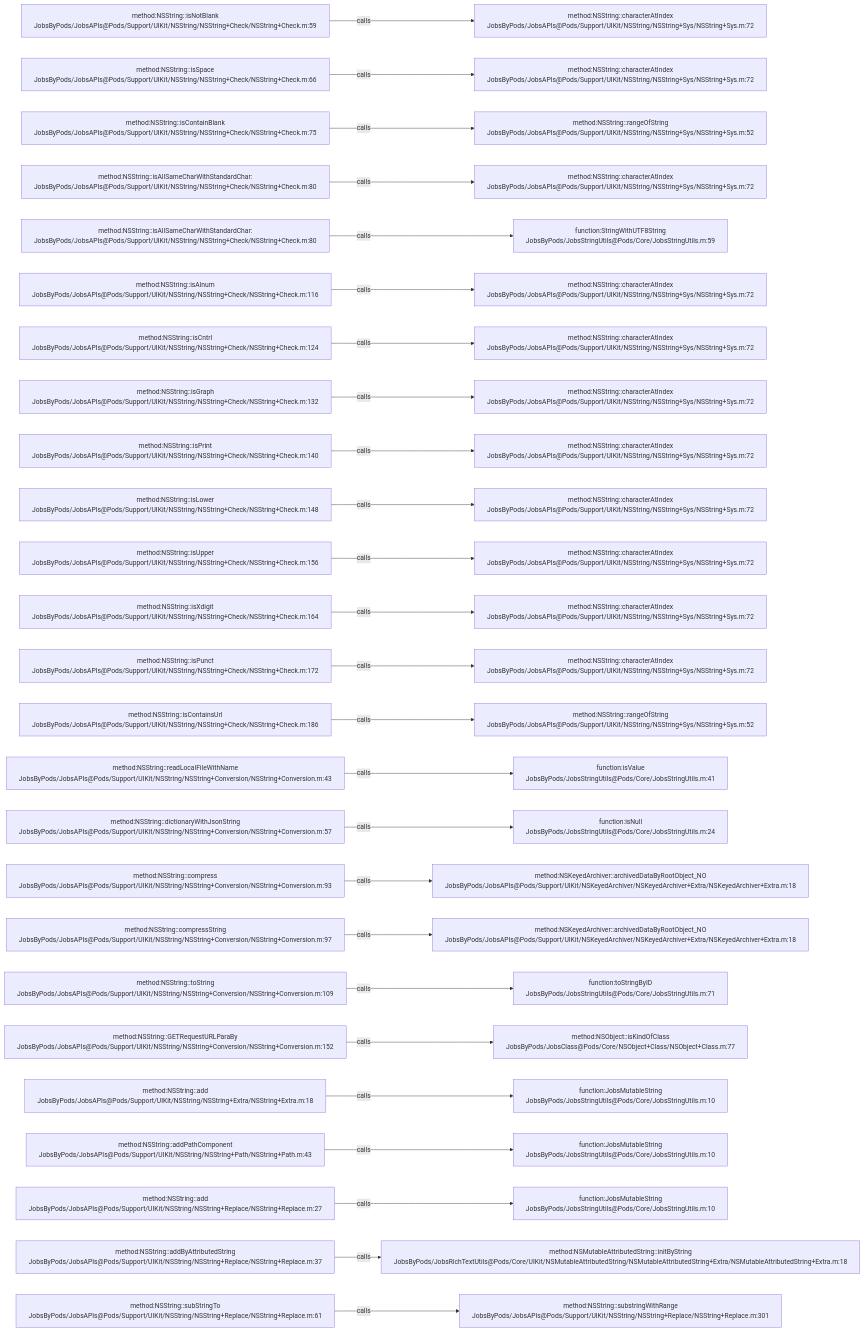
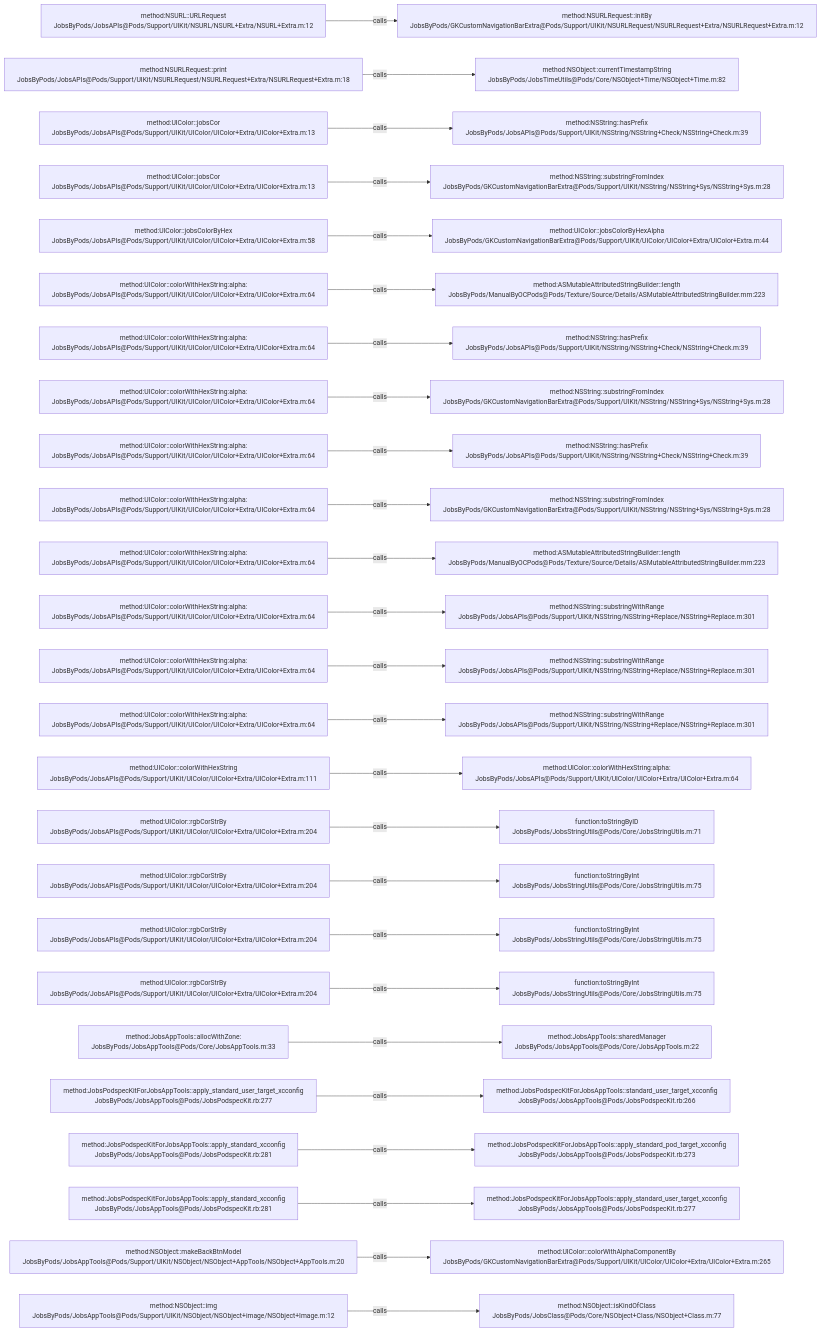
The diagram in .codegraph/codegraph.md/graphs/calls-016.md (JobsKits/JobsOCBaseConfigDemo), drawn with Mermaid before and after one commit. The commit also changed 1026 other files, not shown here.

````diff
--- a/.codegraph/codegraph.md/graphs/calls-016.md
+++ b/.codegraph/codegraph.md/graphs/calls-016.md
@@ -13,78 +13,78 @@
 ```mermaid
 flowchart LR
-  S1["method:NSString::isNotBlank<br/>JobsByPods/JobsAPIs@Pods/Support/UIKit/NSString/NSString+Check/NSString+Check.m:59"]
-  T1["method:NSString::characterAtIndex<br/>JobsByPods/JobsAPIs@Pods/Support/UIKit/NSString/NSString+Sys/NSString+Sys.m:72"]
+  S1["method:NSURL::URLRequest<br/>JobsByPods/JobsAPIs@Pods/Support/UIKit/NSURL/NSURL+Extra/NSURL+Extra.m:12"]
+  T1["method:NSURLRequest::initBy<br/>JobsByPods/GKCustomNavigationBarExtra@Pods/Support/UIKit/NSURLRequest/NSURLRequest+Extra/NSURLRequest+Extra.m:12"]
   S1 -->|calls| T1
-  S2["method:NSString::isSpace<br/>JobsByPods/JobsAPIs@Pods/Support/UIKit/NSString/NSString+Check/NSString+Check.m:66"]
-  T2["method:NSString::characterAtIndex<br/>JobsByPods/JobsAPIs@Pods/Support/UIKit/NSString/NSString+Sys/NSString+Sys.m:72"]
+  S2["method:NSURLRequest::print<br/>JobsByPods/JobsAPIs@Pods/Support/UIKit/NSURLRequest/NSURLRequest+Extra/NSURLRequest+Extra.m:18"]
+  T2["method:NSObject::currentTimestampString<br/>JobsByPods/JobsTimeUtils@Pods/Core/NSObject+Time/NSObject+Time.m:82"]
   S2 -->|calls| T2
-  S3["method:NSString::isContainBlank<br/>JobsByPods/JobsAPIs@Pods/Support/UIKit/NSString/NSString+Check/NSString+Check.m:75"]
-  T3["method:NSString::rangeOfString<br/>JobsByPods/JobsAPIs@Pods/Support/UIKit/NSString/NSString+Sys/NSString+Sys.m:52"]
+  S3["method:UIColor::jobsCor<br/>JobsByPods/JobsAPIs@Pods/Support/UIKit/UIColor/UIColor+Extra/UIColor+Extra.m:13"]
+  T3["method:NSString::hasPrefix<br/>JobsByPods/JobsAPIs@Pods/Support/UIKit/NSString/NSString+Check/NSString+Check.m:39"]
   S3 -->|calls| T3
-  S4["method:NSString::isAllSameCharWithStandardChar:<br/>JobsByPods/JobsAPIs@Pods/Support/UIKit/NSString/NSString+Check/NSString+Check.m:80"]
-  T4["method:NSString::characterAtIndex<br/>JobsByPods/JobsAPIs@Pods/Support/UIKit/NSString/NSString+Sys/NSString+Sys.m:72"]
+  S4["method:UIColor::jobsCor<br/>JobsByPods/JobsAPIs@Pods/Support/UIKit/UIColor/UIColor+Extra/UIColor+Extra.m:13"]
+  T4["method:NSString::substringFromIndex<br/>JobsByPods/GKCustomNavigationBarExtra@Pods/Support/UIKit/NSString/NSString+Sys/NSString+Sys.m:28"]
   S4 -->|calls| T4
-  S5["method:NSString::isAllSameCharWithStandardChar:<br/>JobsByPods/JobsAPIs@Pods/Support/UIKit/NSString/NSString+Check/NSString+Check.m:80"]
-  T5["function:StringWithUTF8String<br/>JobsByPods/JobsStringUtils@Pods/Core/JobsStringUtils.m:59"]
+  S5["method:UIColor::jobsColorByHex<br/>JobsByPods/JobsAPIs@Pods/Support/UIKit/UIColor/UIColor+Extra/UIColor+Extra.m:58"]
+  T5["method:UIColor::jobsColorByHexAlpha<br/>JobsByPods/GKCustomNavigationBarExtra@Pods/Support/UIKit/UIColor/UIColor+Extra/UIColor+Extra.m:44"]
   S5 -->|calls| T5
-  S6["method:NSString::isAlnum<br/>JobsByPods/JobsAPIs@Pods/Support/UIKit/NSString/NSString+Check/NSString+Check.m:116"]
-  T6["method:NSString::characterAtIndex<br/>JobsByPods/JobsAPIs@Pods/Support/UIKit/NSString/NSString+Sys/NSString+Sys.m:72"]
+  S6["method:UIColor::colorWithHexString:alpha:<br/>JobsByPods/JobsAPIs@Pods/Support/UIKit/UIColor/UIColor+Extra/UIColor+Extra.m:64"]
+  T6["method:ASMutableAttributedStringBuilder::length<br/>JobsByPods/ManualByOCPods@Pods/Texture/Source/Details/ASMutableAttributedStringBuilder.mm:223"]
   S6 -->|calls| T6
-  S7["method:NSString::isCntrl<br/>JobsByPods/JobsAPIs@Pods/Support/UIKit/NSString/NSString+Check/NSString+Check.m:124"]
-  T7["method:NSString::characterAtIndex<br/>JobsByPods/JobsAPIs@Pods/Support/UIKit/NSString/NSString+Sys/NSString+Sys.m:72"]
+  S7["method:UIColor::colorWithHexString:alpha:<br/>JobsByPods/JobsAPIs@Pods/Support/UIKit/UIColor/UIColor+Extra/UIColor+Extra.m:64"]
+  T7["method:NSString::hasPrefix<br/>JobsByPods/JobsAPIs@Pods/Support/UIKit/NSString/NSString+Check/NSString+Check.m:39"]
   S7 -->|calls| T7
-  S8["method:NSString::isGraph<br/>JobsByPods/JobsAPIs@Pods/Support/UIKit/NSString/NSString+Check/NSString+Check.m:132"]
-  T8["method:NSString::characterAtIndex<br/>JobsByPods/JobsAPIs@Pods/Support/UIKit/NSString/NSString+Sys/NSString+Sys.m:72"]
+  S8["method:UIColor::colorWithHexString:alpha:<br/>JobsByPods/JobsAPIs@Pods/Support/UIKit/UIColor/UIColor+Extra/UIColor+Extra.m:64"]
+  T8["method:NSString::substringFromIndex<br/>JobsByPods/GKCustomNavigationBarExtra@Pods/Support/UIKit/NSString/NSString+Sys/NSString+Sys.m:28"]
   S8 -->|calls| T8
-  S9["method:NSString::isPrint<br/>JobsByPods/JobsAPIs@Pods/Support/UIKit/NSString/NSString+Check/NSString+Check.m:140"]
-  T9["method:NSString::characterAtIndex<br/>JobsByPods/JobsAPIs@Pods/Support/UIKit/NSString/NSString+Sys/NSString+Sys.m:72"]
+  S9["method:UIColor::colorWithHexString:alpha:<br/>JobsByPods/JobsAPIs@Pods/Support/UIKit/UIColor/UIColor+Extra/UIColor+Extra.m:64"]
+  T9["method:NSString::hasPrefix<br/>JobsByPods/JobsAPIs@Pods/Support/UIKit/NSString/NSString+Check/NSString+Check.m:39"]
   S9 -->|calls| T9
-  S10["method:NSString::isLower<br/>JobsByPods/JobsAPIs@Pods/Support/UIKit/NSString/NSString+Check/NSString+Check.m:148"]
-  T10["method:NSString::characterAtIndex<br/>JobsByPods/JobsAPIs@Pods/Support/UIKit/NSString/NSString+Sys/NSString+Sys.m:72"]
+  S10["method:UIColor::colorWithHexString:alpha:<br/>JobsByPods/JobsAPIs@Pods/Support/UIKit/UIColor/UIColor+Extra/UIColor+Extra.m:64"]
+  T10["method:NSString::substringFromIndex<br/>JobsByPods/GKCustomNavigationBarExtra@Pods/Support/UIKit/NSString/NSString+Sys/NSString+Sys.m:28"]
   S10 -->|calls| T10
-  S11["method:NSString::isUpper<br/>JobsByPods/JobsAPIs@Pods/Support/UIKit/NSString/NSString+Check/NSString+Check.m:156"]
-  T11["method:NSString::characterAtIndex<br/>JobsByPods/JobsAPIs@Pods/Support/UIKit/NSString/NSString+Sys/NSString+Sys.m:72"]
+  S11["method:UIColor::colorWithHexString:alpha:<br/>JobsByPods/JobsAPIs@Pods/Support/UIKit/UIColor/UIColor+Extra/UIColor+Extra.m:64"]
+  T11["method:ASMutableAttributedStringBuilder::length<br/>JobsByPods/ManualByOCPods@Pods/Texture/Source/Details/ASMutableAttributedStringBuilder.mm:223"]
   S11 -->|calls| T11
-  S12["method:NSString::isXdigit<br/>JobsByPods/JobsAPIs@Pods/Support/UIKit/NSString/NSString+Check/NSString+Check.m:164"]
-  T12["method:NSString::characterAtIndex<br/>JobsByPods/JobsAPIs@Pods/Support/UIKit/NSString/NSString+Sys/NSString+Sys.m:72"]
+  S12["method:UIColor::colorWithHexString:alpha:<br/>JobsByPods/JobsAPIs@Pods/Support/UIKit/UIColor/UIColor+Extra/UIColor+Extra.m:64"]
+  T12["method:NSString::substringWithRange<br/>JobsByPods/JobsAPIs@Pods/Support/UIKit/NSString/NSString+Replace/NSString+Replace.m:301"]
   S12 -->|calls| T12
-  S13["method:NSString::isPunct<br/>JobsByPods/JobsAPIs@Pods/Support/UIKit/NSString/NSString+Check/NSString+Check.m:172"]
-  T13["method:NSString::characterAtIndex<br/>JobsByPods/JobsAPIs@Pods/Support/UIKit/NSString/NSString+Sys/NSString+Sys.m:72"]
+  S13["method:UIColor::colorWithHexString:alpha:<br/>JobsByPods/JobsAPIs@Pods/Support/UIKit/UIColor/UIColor+Extra/UIColor+Extra.m:64"]
+  T13["method:NSString::substringWithRange<br/>JobsByPods/JobsAPIs@Pods/Support/UIKit/NSString/NSString+Replace/NSString+Replace.m:301"]
   S13 -->|calls| T13
-  S14["method:NSString::isContainsUrl<br/>JobsByPods/JobsAPIs@Pods/Support/UIKit/NSString/NSString+Check/NSString+Check.m:186"]
-  T14["method:NSString::rangeOfString<br/>JobsByPods/JobsAPIs@Pods/Support/UIKit/NSString/NSString+Sys/NSString+Sys.m:52"]
+  S14["method:UIColor::colorWithHexString:alpha:<br/>JobsByPods/JobsAPIs@Pods/Support/UIKit/UIColor/UIColor+Extra/UIColor+Extra.m:64"]
+  T14["method:NSString::substringWithRange<br/>JobsByPods/JobsAPIs@Pods/Support/UIKit/NSString/NSString+Replace/NSString+Replace.m:301"]
   S14 -->|calls| T14
-  S15["method:NSString::readLocalFileWithName<br/>JobsByPods/JobsAPIs@Pods/Support/UIKit/NSString/NSString+Conversion/NSString+Conversion.m:43"]
-  T15["function:isValue<br/>JobsByPods/JobsStringUtils@Pods/Core/JobsStringUtils.m:41"]
+  S15["method:UIColor::colorWithHexString<br/>JobsByPods/JobsAPIs@Pods/Support/UIKit/UIColor/UIColor+Extra/UIColor+Extra.m:111"]
+  T15["method:UIColor::colorWithHexString:alpha:<br/>JobsByPods/JobsAPIs@Pods/Support/UIKit/UIColor/UIColor+Extra/UIColor+Extra.m:64"]
   S15 -->|calls| T15
-  S16["method:NSString::dictionaryWithJsonString<br/>JobsByPods/JobsAPIs@Pods/Support/UIKit/NSString/NSString+Conversion/NSString+Conversion.m:57"]
-  T16["function:isNull<br/>JobsByPods/JobsStringUtils@Pods/Core/JobsStringUtils.m:24"]
+  S16["method:UIColor::rgbCorStrBy<br/>JobsByPods/JobsAPIs@Pods/Support/UIKit/UIColor/UIColor+Extra/UIColor+Extra.m:204"]
+  T16["function:toStringByID<br/>JobsByPods/JobsStringUtils@Pods/Core/JobsStringUtils.m:71"]
   S16 -->|calls| T16
-  S17["method:NSString::compress<br/>JobsByPods/JobsAPIs@Pods/Support/UIKit/NSString/NSString+Conversion/NSString+Conversion.m:93"]
-  T17["method:NSKeyedArchiver::archivedDataByRootObject_NO<br/>JobsByPods/JobsAPIs@Pods/Support/UIKit/NSKeyedArchiver/NSKeyedArchiver+Extra/NSKeyedArchiver+Extra.m:18"]
+  S17["method:UIColor::rgbCorStrBy<br/>JobsByPods/JobsAPIs@Pods/Support/UIKit/UIColor/UIColor+Extra/UIColor+Extra.m:204"]
+  T17["function:toStringByInt<br/>JobsByPods/JobsStringUtils@Pods/Core/JobsStringUtils.m:75"]
   S17 -->|calls| T17
-  S18["method:NSString::compressString<br/>JobsByPods/JobsAPIs@Pods/Support/UIKit/NSString/NSString+Conversion/NSString+Conversion.m:97"]
-  T18["method:NSKeyedArchiver::archivedDataByRootObject_NO<br/>JobsByPods/JobsAPIs@Pods/Support/UIKit/NSKeyedArchiver/NSKeyedArchiver+Extra/NSKeyedArchiver+Extra.m:18"]
+  S18["method:UIColor::rgbCorStrBy<br/>JobsByPods/JobsAPIs@Pods/Support/UIKit/UIColor/UIColor+Extra/UIColor+Extra.m:204"]
+  T18["function:toStringByInt<br/>JobsByPods/JobsStringUtils@Pods/Core/JobsStringUtils.m:75"]
   S18 -->|calls| T18
-  S19["method:NSString::toString<br/>JobsByPods/JobsAPIs@Pods/Support/UIKit/NSString/NSString+Conversion/NSString+Conversion.m:109"]
-  T19["function:toStringByID<br/>JobsByPods/JobsStringUtils@Pods/Core/JobsStringUtils.m:71"]
+  S19["method:UIColor::rgbCorStrBy<br/>JobsByPods/JobsAPIs@Pods/Support/UIKit/UIColor/UIColor+Extra/UIColor+Extra.m:204"]
+  T19["function:toStringByInt<br/>JobsByPods/JobsStringUtils@Pods/Core/JobsStringUtils.m:75"]
   S19 -->|calls| T19
-  S20["method:NSString::GETRequestURLParaBy<br/>JobsByPods/JobsAPIs@Pods/Support/UIKit/NSString/NSString+Conversion/NSString+Conversion.m:152"]
-  T20["method:NSObject::isKindOfClass<br/>JobsByPods/JobsClass@Pods/Core/NSObject+Class/NSObject+Class.m:77"]
+  S20["method:JobsAppTools::allocWithZone:<br/>JobsByPods/JobsAppTools@Pods/Core/JobsAppTools.m:33"]
+  T20["method:JobsAppTools::sharedManager<br/>JobsByPods/JobsAppTools@Pods/Core/JobsAppTools.m:22"]
   S20 -->|calls| T20
-  S21["method:NSString::add<br/>JobsByPods/JobsAPIs@Pods/Support/UIKit/NSString/NSString+Extra/NSString+Extra.m:18"]
-  T21["function:JobsMutableString<br/>JobsByPods/JobsStringUtils@Pods/Core/JobsStringUtils.m:10"]
+  S21["method:JobsPodspecKitForJobsAppTools::apply_standard_user_target_xcconfig<br/>JobsByPods/JobsAppTools@Pods/JobsPodspecKit.rb:277"]
+  T21["method:JobsPodspecKitForJobsAppTools::standard_user_target_xcconfig<br/>JobsByPods/JobsAppTools@Pods/JobsPodspecKit.rb:266"]
   S21 -->|calls| T21
-  S22["method:NSString::addPathComponent<br/>JobsByPods/JobsAPIs@Pods/Support/UIKit/NSString/NSString+Path/NSString+Path.m:43"]
-  T22["function:JobsMutableString<br/>JobsByPods/JobsStringUtils@Pods/Core/JobsStringUtils.m:10"]
+  S22["method:JobsPodspecKitForJobsAppTools::apply_standard_xcconfig<br/>JobsByPods/JobsAppTools@Pods/JobsPodspecKit.rb:281"]
+  T22["method:JobsPodspecKitForJobsAppTools::apply_standard_pod_target_xcconfig<br/>JobsByPods/JobsAppTools@Pods/JobsPodspecKit.rb:273"]
   S22 -->|calls| T22
-  S23["method:NSString::add<br/>JobsByPods/JobsAPIs@Pods/Support/UIKit/NSString/NSString+Replace/NSString+Replace.m:27"]
-  T23["function:JobsMutableString<br/>JobsByPods/JobsStringUtils@Pods/Core/JobsStringUtils.m:10"]
+  S23["method:JobsPodspecKitForJobsAppTools::apply_standard_xcconfig<br/>JobsByPods/JobsAppTools@Pods/JobsPodspecKit.rb:281"]
+  T23["method:JobsPodspecKitForJobsAppTools::apply_standard_user_target_xcconfig<br/>JobsByPods/JobsAppTools@Pods/JobsPodspecKit.rb:277"]
   S23 -->|calls| T23
-  S24["method:NSString::addByAttributedString<br/>JobsByPods/JobsAPIs@Pods/Support/UIKit/NSString/NSString+Replace/NSString+Replace.m:37"]
-  T24["method:NSMutableAttributedString::initByString<br/>JobsByPods/JobsRichTextUtils@Pods/Core/UIKit/NSMutableAttributedString/NSMutableAttributedString+Extra/NSMutableAttributedString+Extra.m:18"]
+  S24["method:NSObject::makeBackBtnModel<br/>JobsByPods/JobsAppTools@Pods/Support/UIKit/NSObject/NSObject+AppTools/NSObject+AppTools.m:20"]
+  T24["method:UIColor::colorWithAlphaComponentBy<br/>JobsByPods/GKCustomNavigationBarExtra@Pods/Support/UIKit/UIColor/UIColor+Extra/UIColor+Extra.m:265"]
   S24 -->|calls| T24
-  S25["method:NSString::subStringTo<br/>JobsByPods/JobsAPIs@Pods/Support/UIKit/NSString/NSString+Replace/NSString+Replace.m:61"]
-  T25["method:NSString::substringWithRange<br/>JobsByPods/JobsAPIs@Pods/Support/UIKit/NSString/NSString+Replace/NSString+Replace.m:301"]
+  S25["method:NSObject::img<br/>JobsByPods/JobsAppTools@Pods/Support/UIKit/NSObject/NSObject+image/NSObject+Image.m:12"]
+  T25["method:NSObject::isKindOfClass<br/>JobsByPods/JobsClass@Pods/Core/NSObject+Class/NSObject+Class.m:77"]
   S25 -->|calls| T25
 ```
````
